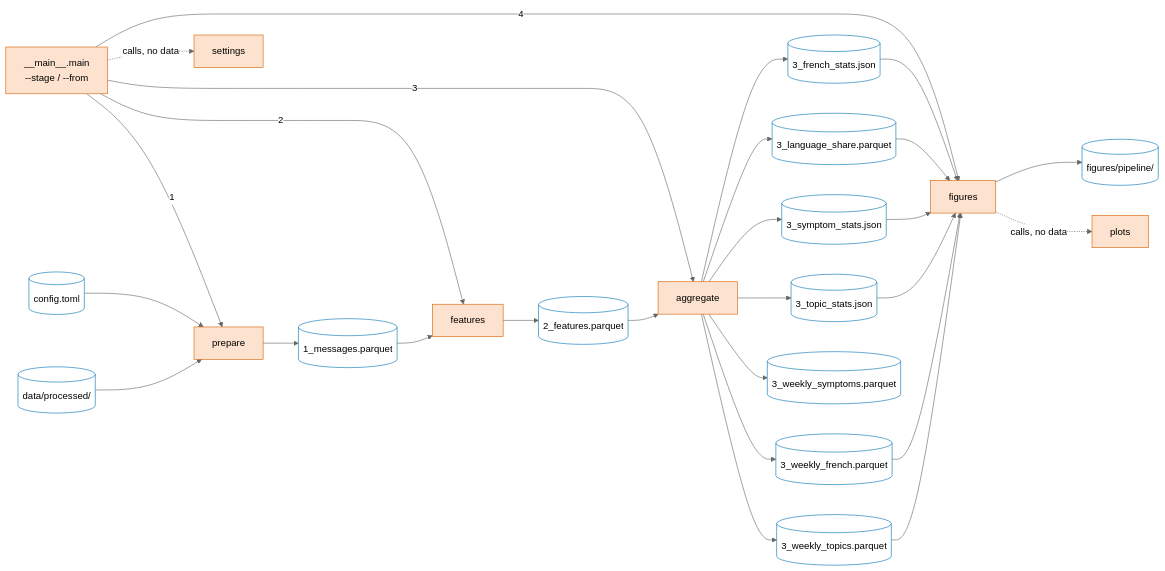
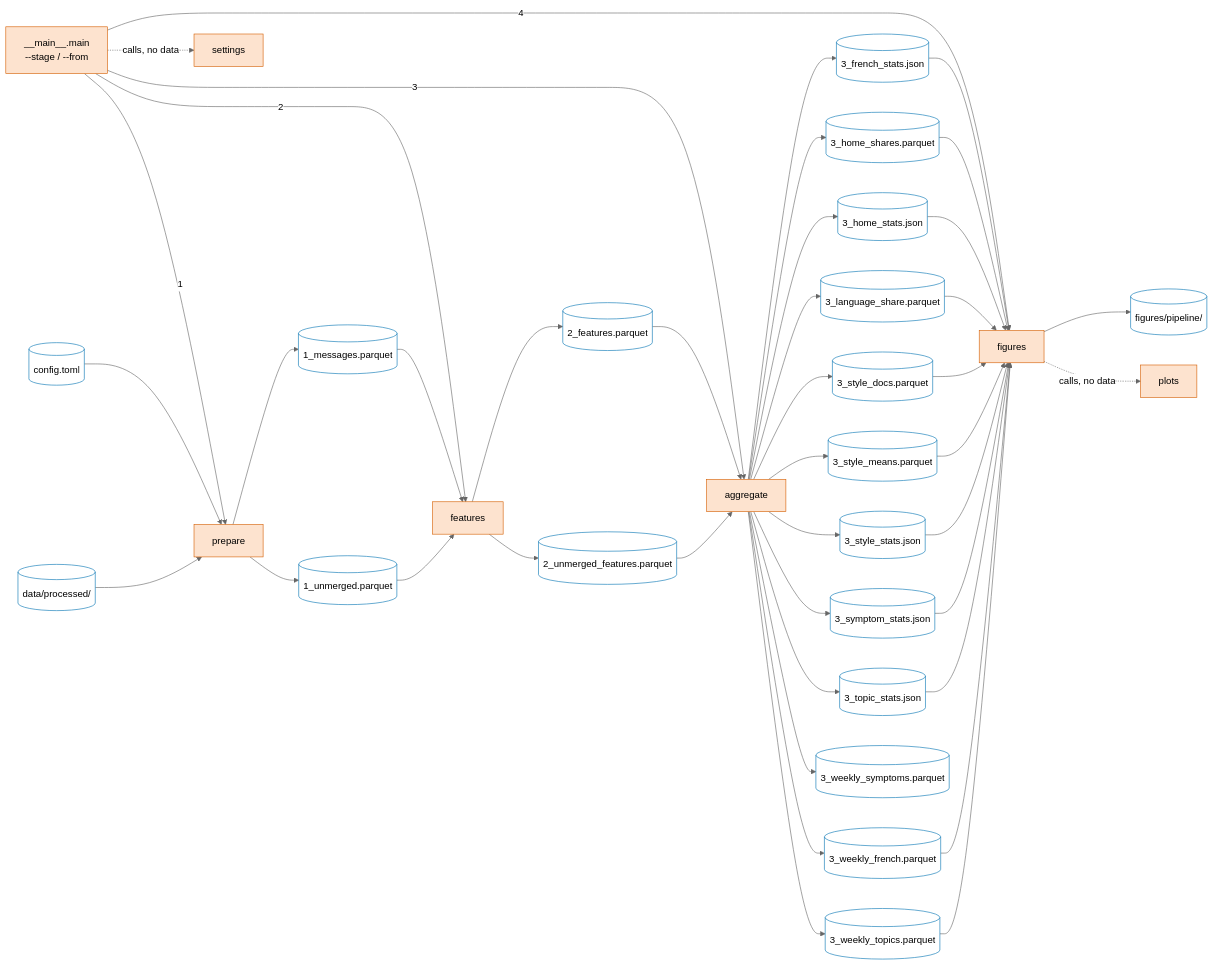
Before and after one commit to RoosCocolien/MADS-DAV: the second of 2 diagrams in roos_pipeline/README.md, drawn with Mermaid (neutral theme). The commit also changed 28 other files, not shown here.

````diff
--- a/roos_pipeline/README.md
+++ b/roos_pipeline/README.md
@@ -108,54 +108,75 @@
 ```mermaid
 flowchart LR
     main["__main__.main<br/>--stage / --from"]
     prepare["prepare"]
     features["features"]
     aggregate["aggregate"]
     figures["figures"]
     plots["plots"]
     settings["settings"]
     p_config_toml[("config.toml")]
     p_data_processed[("data/processed/")]
     p_1_messages_parquet[("1_messages.parquet")]
+    p_1_unmerged_parquet[("1_unmerged.parquet")]
     p_2_features_parquet[("2_features.parquet")]
+    p_2_unmerged_features_parquet[("2_unmerged_features.parquet")]
     p_3_french_stats_json[("3_french_stats.json")]
+    p_3_home_shares_parquet[("3_home_shares.parquet")]
+    p_3_home_stats_json[("3_home_stats.json")]
     p_3_language_share_parquet[("3_language_share.parquet")]
+    p_3_style_docs_parquet[("3_style_docs.parquet")]
+    p_3_style_means_parquet[("3_style_means.parquet")]
+    p_3_style_stats_json[("3_style_stats.json")]
     p_3_symptom_stats_json[("3_symptom_stats.json")]
     p_3_topic_stats_json[("3_topic_stats.json")]
     p_3_weekly_french_parquet[("3_weekly_french.parquet")]
     p_3_weekly_symptoms_parquet[("3_weekly_symptoms.parquet")]
     p_3_weekly_topics_parquet[("3_weekly_topics.parquet")]
     p_figures_pipeline[("figures/pipeline/")]
 
     main -- "1" --> prepare
     main -- "2" --> features
     main -- "3" --> aggregate
     main -- "4" --> figures
     p_config_toml --> prepare
     p_data_processed --> prepare
     prepare --> p_1_messages_parquet
+    prepare --> p_1_unmerged_parquet
     p_1_messages_parquet --> features
+    p_1_unmerged_parquet --> features
     features --> p_2_features_parquet
+    features --> p_2_unmerged_features_parquet
     p_2_features_parquet --> aggregate
+    p_2_unmerged_features_parquet --> aggregate
     aggregate --> p_3_french_stats_json
+    aggregate --> p_3_home_shares_parquet
+    aggregate --> p_3_home_stats_json
     aggregate --> p_3_language_share_parquet
+    aggregate --> p_3_style_docs_parquet
+    aggregate --> p_3_style_means_parquet
+    aggregate --> p_3_style_stats_json
     aggregate --> p_3_symptom_stats_json
     aggregate --> p_3_topic_stats_json
     aggregate --> p_3_weekly_french_parquet
     aggregate --> p_3_weekly_symptoms_parquet
     aggregate --> p_3_weekly_topics_parquet
     p_3_french_stats_json --> figures
+    p_3_home_shares_parquet --> figures
+    p_3_home_stats_json --> figures
     p_3_language_share_parquet --> figures
+    p_3_style_docs_parquet --> figures
+    p_3_style_means_parquet --> figures
+    p_3_style_stats_json --> figures
     p_3_symptom_stats_json --> figures
     p_3_topic_stats_json --> figures
     p_3_weekly_french_parquet --> figures
     p_3_weekly_topics_parquet --> figures
     figures --> p_figures_pipeline
     figures -. "calls, no data" .-> plots
     main -. "calls, no data" .-> settings
 
     classDef code fill:#fde3cf,stroke:#D55E00,color:#000
     classDef file fill:#fff,stroke:#0072B2,color:#000
     class main,prepare,features,aggregate,figures,plots,settings code
-    class p_config_toml,p_data_processed,p_1_messages_parquet,p_2_features_parquet,p_3_french_stats_json,p_3_language_share_parquet,p_3_symptom_stats_json,p_3_topic_stats_json,p_3_weekly_french_parquet,p_3_weekly_symptoms_parquet,p_3_weekly_topics_parquet,p_figures_pipeline file
+    class p_config_toml,p_data_processed,p_1_messages_parquet,p_1_unmerged_parquet,p_2_features_parquet,p_2_unmerged_features_parquet,p_3_french_stats_json,p_3_home_shares_parquet,p_3_home_stats_json,p_3_language_share_parquet,p_3_style_docs_parquet,p_3_style_means_parquet,p_3_style_stats_json,p_3_symptom_stats_json,p_3_topic_stats_json,p_3_weekly_french_parquet,p_3_weekly_symptoms_parquet,p_3_weekly_topics_parquet,p_figures_pipeline file
 ```
````
